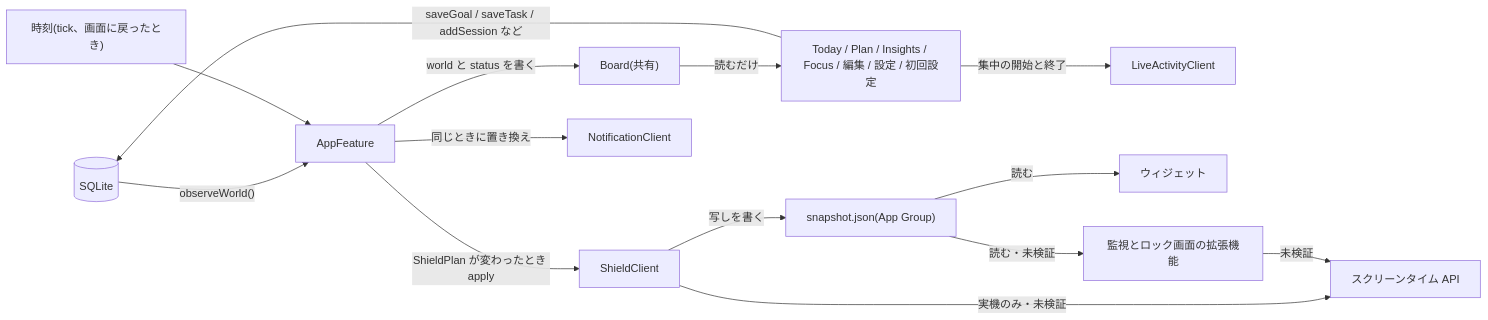
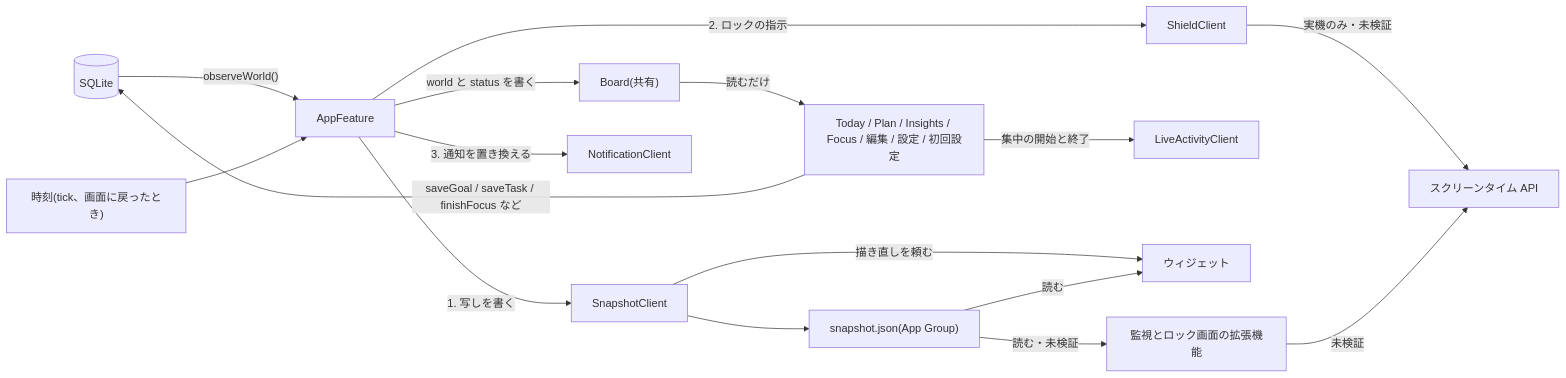
The second of 2 diagrams in docs/engineering/architecture.md (TaiyoYamada/todo), drawn with Mermaid before and after one commit. The commit also changed other lines of this file, not shown here.

````diff
--- a/docs/engineering/architecture.md
+++ b/docs/engineering/architecture.md
@@ -99,16 +119,18 @@
 ```mermaid
 flowchart LR
     DB[("SQLite")] -->|"observeWorld()"| AF["AppFeature"]
     AF -->|"world と status を書く"| Board["Board(共有)"]
     Board -->|"読むだけ"| Features["Today / Plan / Insights / Focus / 編集 / 設定 / 初回設定"]
-    Features -->|"saveGoal / saveTask / addSession など"| DB
+    Features -->|"saveGoal / saveTask / finishFocus など"| DB
     Clock["時刻(tick、画面に戻ったとき)"] --> AF
-    AF -->|"ShieldPlan が変わったとき apply"| Shield["ShieldClient"]
-    AF -->|"同じときに置き換え"| Notify["NotificationClient"]
+    AF -->|"1. 写しを書く"| Snap["SnapshotClient"]
+    AF -->|"2. ロックの指示"| Shield["ShieldClient"]
+    AF -->|"3. 通知を置き換える"| Notify["NotificationClient"]
     Features -->|"集中の開始と終了"| Live["LiveActivityClient"]
-    Shield -->|"写しを書く"| Snapshot["snapshot.json(App Group)"]
+    Snap --> Snapshot["snapshot.json(App Group)"]
+    Snap -->|"描き直しを頼む"| Widget["ウィジェット"]
     Shield -->|"実機のみ・未検証"| ScreenTime["スクリーンタイム API"]
-    Snapshot -->|"読む"| Widget["ウィジェット"]
+    Snapshot -->|"読む"| Widget
     Snapshot -->|"読む・未検証"| Extensions["監視とロック画面の拡張機能"]
     Extensions -->|"未検証"| ScreenTime
 ```
````
